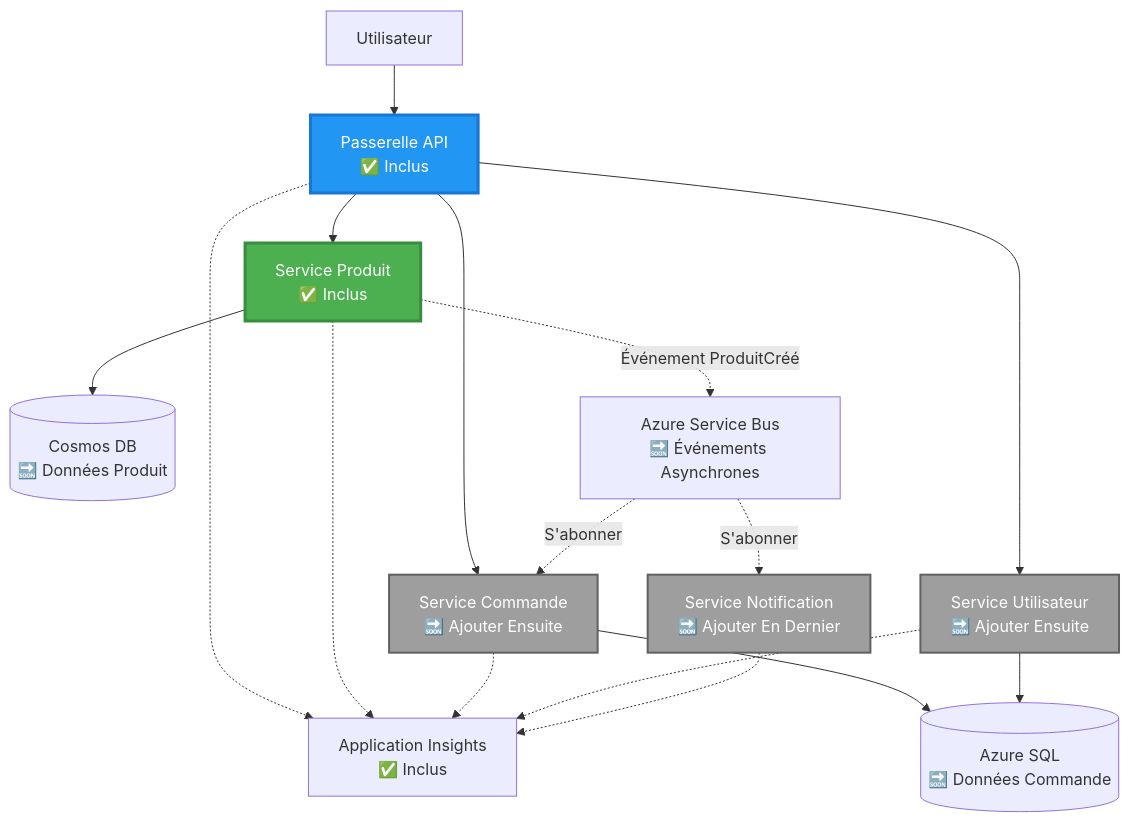
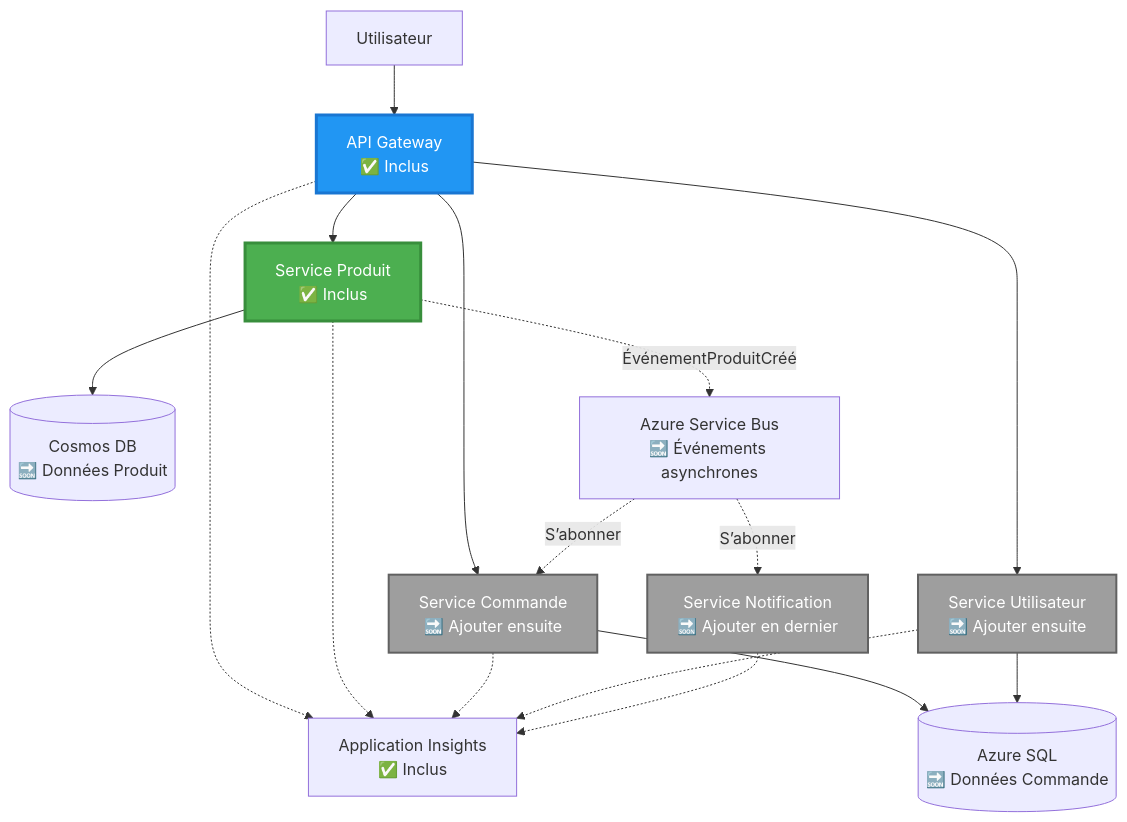
One commit to microsoft/AZD-for-beginners changed the second of 4 diagrams in translations/fr/examples/microservices/README.md. Above: the diagram before and after it, drawn with Mermaid. The commit also changed other lines of this file and 282 other files, not shown here.

````diff
--- a/translations/fr/examples/microservices/README.md
+++ b/translations/fr/examples/microservices/README.md
@@ -78,39 +69,39 @@
 ```mermaid
 graph TB
     User[Utilisateur]
-    Gateway[Passerelle API<br/>✅ Inclus]
+    Gateway[API Gateway<br/>✅ Inclus]
     Product[Service Produit<br/>✅ Inclus]
-    Order[Service Commande<br/>🔜 Ajouter Ensuite]
-    UserSvc[Service Utilisateur<br/>🔜 Ajouter Ensuite]
-    Notify[Service Notification<br/>🔜 Ajouter En Dernier]
+    Order[Service Commande<br/>🔜 Ajouter ensuite]
+    UserSvc[Service Utilisateur<br/>🔜 Ajouter ensuite]
+    Notify[Service Notification<br/>🔜 Ajouter en dernier]
     
     CosmosDB[(Cosmos DB<br/>🔜 Données Produit)]
     AzureSQL[(Azure SQL<br/>🔜 Données Commande)]
-    ServiceBus[Azure Service Bus<br/>🔜 Événements Asynchrones]
+    ServiceBus[Azure Service Bus<br/>🔜 Événements asynchrones]
     AppInsights[Application Insights<br/>✅ Inclus]
     
     User --> Gateway
     Gateway --> Product
     Gateway --> Order
     Gateway --> UserSvc
     
     Product --> CosmosDB
     Order --> AzureSQL
     UserSvc --> AzureSQL
     
-    Product -.->|Événement ProduitCréé| ServiceBus
-    ServiceBus -.->|S'abonner| Notify
-    ServiceBus -.->|S'abonner| Order
+    Product -.->|ÉvénementProduitCréé| ServiceBus
+    ServiceBus -.->|S’abonner| Notify
+    ServiceBus -.->|S’abonner| Order
     
     Gateway -.-> AppInsights
     Product -.-> AppInsights
     Order -.-> AppInsights
     UserSvc -.-> AppInsights
     Notify -.-> AppInsights
     
     style Product fill:#4CAF50,stroke:#388E3C,stroke-width:3px,color:#fff
     style Gateway fill:#2196F3,stroke:#1976D2,stroke-width:3px,color:#fff
     style Order fill:#9E9E9E,stroke:#616161,stroke-width:2px,color:#fff
     style UserSvc fill:#9E9E9E,stroke:#616161,stroke-width:2px,color:#fff
     style Notify fill:#9E9E9E,stroke:#616161,stroke-width:2px,color:#fff
 ```
````
